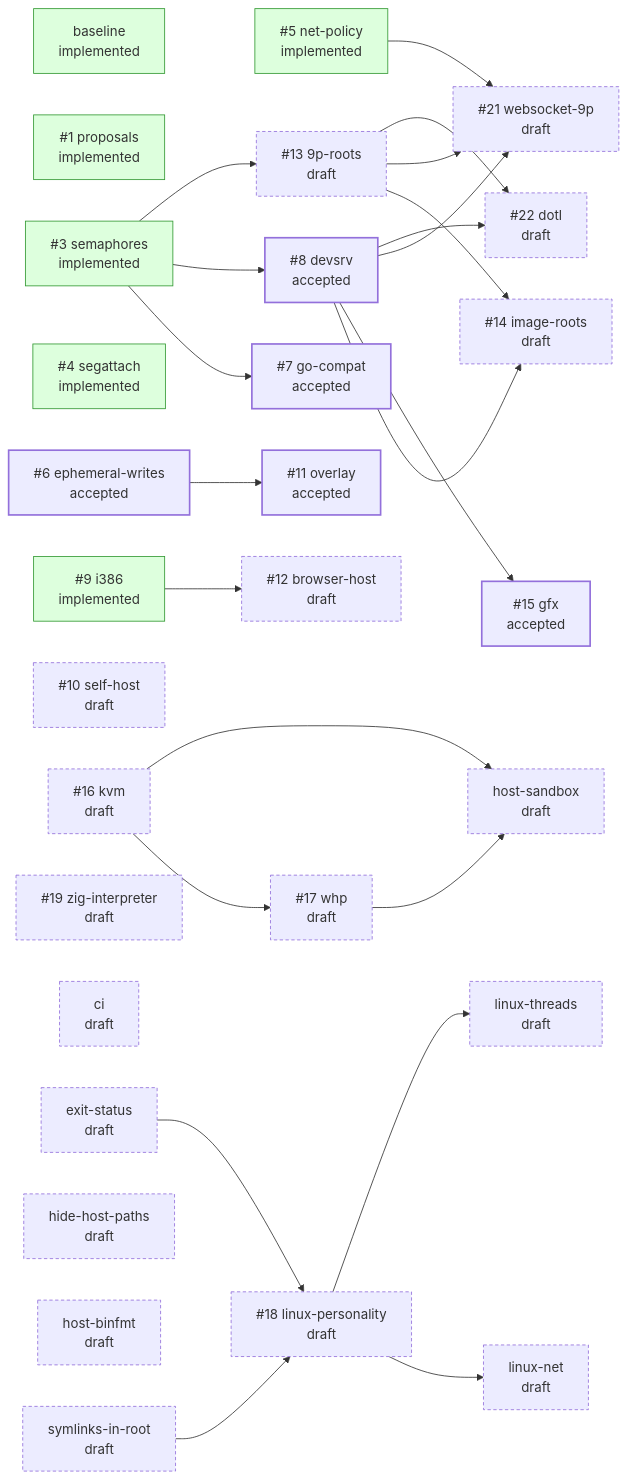
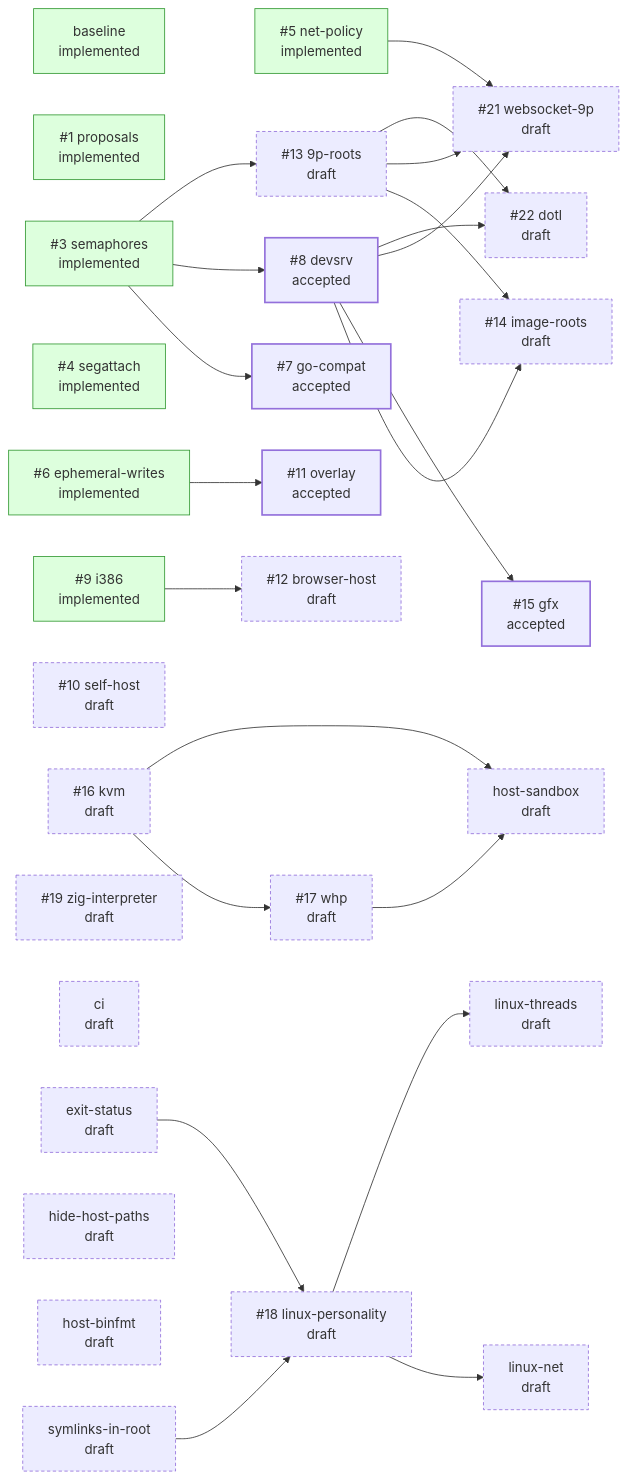
The diagram in README.md (jpf/hyper9), drawn with Mermaid before and after one commit. The commit also changed other lines of this file and 15 other files, not shown here.

First line of the commit message:
ephemeral-writes: #O overlay device, --write=ephemeral and a private /tmp

````diff
--- a/README.md
+++ b/README.md
@@ -46,56 +46,56 @@
 ```mermaid
 flowchart LR
   classDef draft stroke-dasharray: 4 3
   classDef accepted stroke-width: 2px
   classDef implemented fill:#dfd,stroke:#393
   classDef closed fill:#eee,stroke:#999,color:#777
   p_baseline["baseline<br/>implemented"]:::implemented
   p_proposals["#35;1 proposals<br/>implemented"]:::implemented
   p_semaphores["#35;3 semaphores<br/>implemented"]:::implemented
   p_segattach["#35;4 segattach<br/>implemented"]:::implemented
   p_net_policy["#35;5 net-policy<br/>implemented"]:::implemented
-  p_ephemeral_writes["#35;6 ephemeral-writes<br/>accepted"]:::accepted
+  p_ephemeral_writes["#35;6 ephemeral-writes<br/>implemented"]:::implemented
   p_go_compat["#35;7 go-compat<br/>accepted"]:::accepted
   p_devsrv["#35;8 devsrv<br/>accepted"]:::accepted
   p_i386["#35;9 i386<br/>implemented"]:::implemented
   p_self_host["#35;10 self-host<br/>draft"]:::draft
   p_overlay["#35;11 overlay<br/>accepted"]:::accepted
   p_browser_host["#35;12 browser-host<br/>draft"]:::draft
   p_9p_roots["#35;13 9p-roots<br/>draft"]:::draft
   p_image_roots["#35;14 image-roots<br/>draft"]:::draft
   p_gfx["#35;15 gfx<br/>accepted"]:::accepted
   p_kvm["#35;16 kvm<br/>draft"]:::draft
   p_whp["#35;17 whp<br/>draft"]:::draft
   p_linux_personality["#35;18 linux-personality<br/>draft"]:::draft
   p_zig_interpreter["#35;19 zig-interpreter<br/>draft"]:::draft
   p_websocket_9p["#35;21 websocket-9p<br/>draft"]:::draft
   p_dotl["#35;22 dotl<br/>draft"]:::draft
   p_ci["ci<br/>draft"]:::draft
   p_exit_status["exit-status<br/>draft"]:::draft
   p_hide_host_paths["hide-host-paths<br/>draft"]:::draft
   p_host_binfmt["host-binfmt<br/>draft"]:::draft
   p_host_sandbox["host-sandbox<br/>draft"]:::draft
   p_linux_net["linux-net<br/>draft"]:::draft
   p_linux_threads["linux-threads<br/>draft"]:::draft
   p_symlinks_in_root["symlinks-in-root<br/>draft"]:::draft
   p_semaphores --> p_go_compat
   p_semaphores --> p_devsrv
   p_ephemeral_writes --> p_overlay
   p_i386 --> p_browser_host
   p_semaphores --> p_9p_roots
   p_devsrv --> p_image_roots
   p_9p_roots --> p_image_roots
   p_devsrv --> p_gfx
   p_kvm --> p_whp
   p_symlinks_in_root --> p_linux_personality
   p_exit_status --> p_linux_personality
   p_net_policy --> p_websocket_9p
   p_devsrv --> p_websocket_9p
   p_9p_roots --> p_websocket_9p
   p_devsrv --> p_dotl
   p_9p_roots --> p_dotl
   p_kvm --> p_host_sandbox
   p_whp --> p_host_sandbox
   p_linux_personality --> p_linux_net
   p_linux_personality --> p_linux_threads
 ```
````
